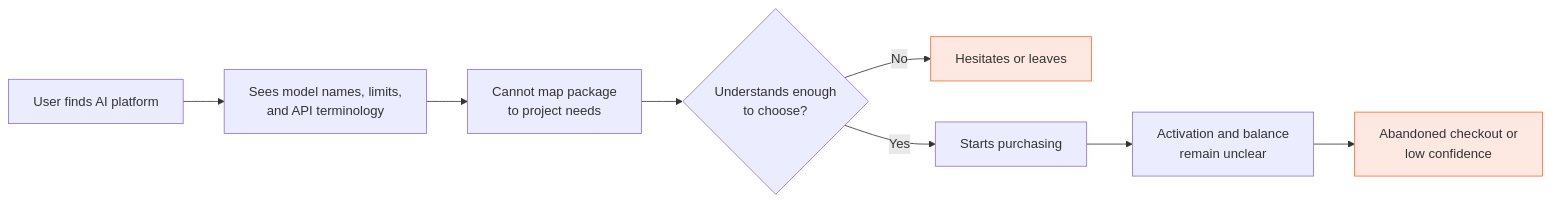
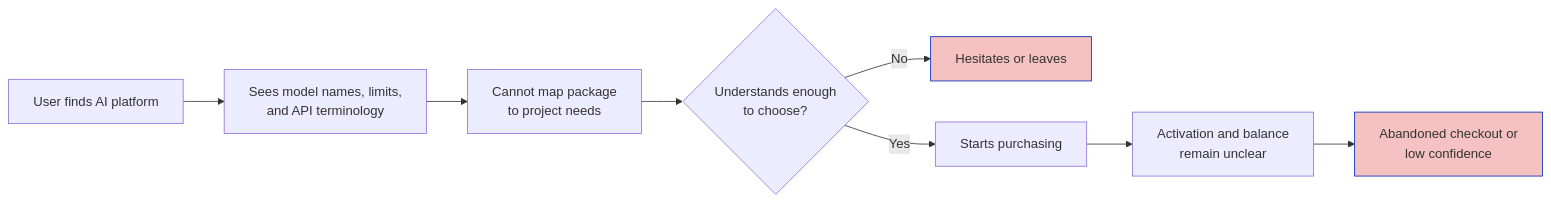
One commit to hannifkurniawan/token-nyala changed the first of 3 diagrams in docs/user-journey.md. Above: the diagram before and after it, drawn with Mermaid. The commit also changed other lines of this file and 10 other files, not shown here.

````diff
--- a/docs/user-journey.md
+++ b/docs/user-journey.md
@@ -5,18 +5,18 @@
 ```mermaid
 flowchart LR
     A[User finds AI platform] --> B[Sees model names, limits,
 and API terminology]
     B --> C[Cannot map package
 to project needs]
     C --> D{Understands enough
 to choose?}
     D -->|No| E[Hesitates or leaves]
     D -->|Yes| F[Starts purchasing]
     F --> G[Activation and balance
 remain unclear]
     G --> H[Abandoned checkout or
 low confidence]
 
-    style E fill:#FDE9E2,stroke:#FF6B35
-    style H fill:#FDE9E2,stroke:#FF6B35
+    style E fill:#F5C1C1,stroke:#002DBB
+    style H fill:#F5C1C1,stroke:#002DBB
 ```
````
